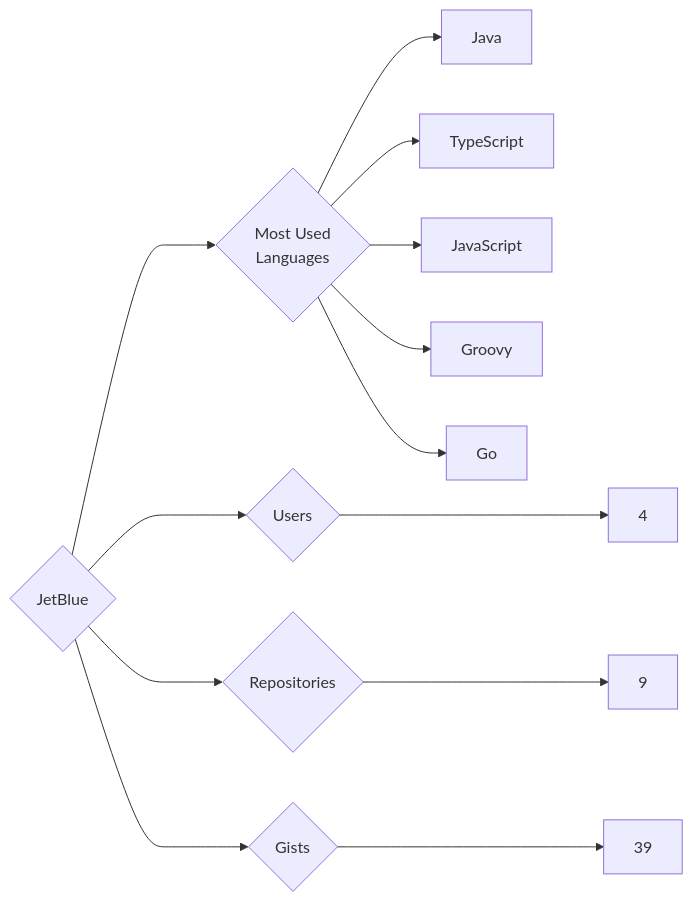
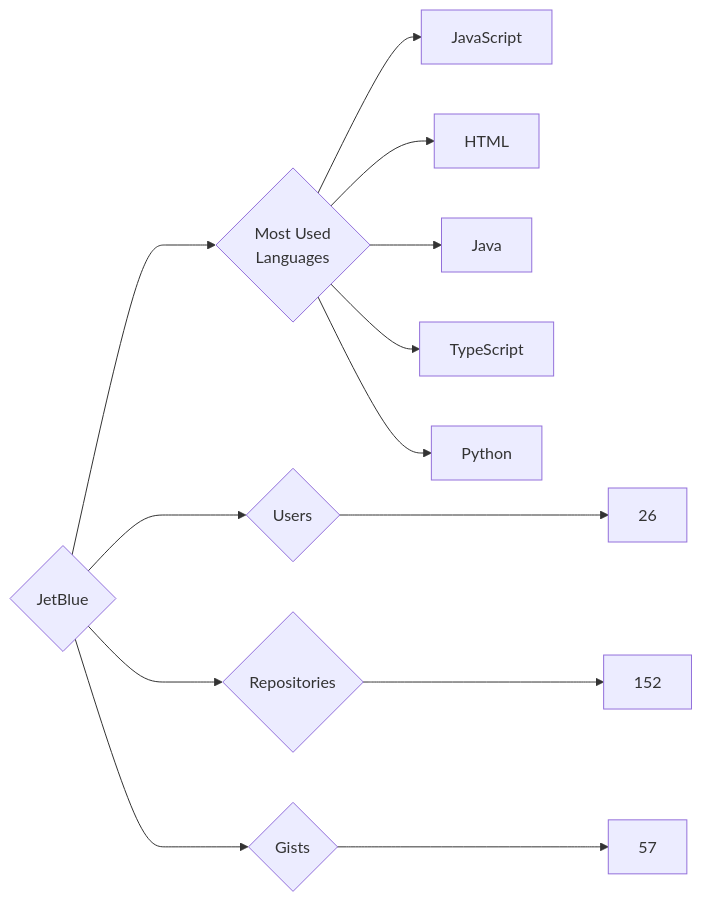
One commit to trickest/insiders changed the diagram in targets/JetBlue/README.md. Above: the diagram before and after it, drawn with Mermaid. The commit also changed 545 other files, not shown here.

````diff
--- a/targets/JetBlue/README.md
+++ b/targets/JetBlue/README.md
@@ -3,13 +3,13 @@
 ```mermaid
 graph LR
 COMPANY_NAME{JetBlue}
-COMPANY_NAME ---> U{Users} ---> UN[4]
-COMPANY_NAME ---> R{Repositories} ---> RN[9]
-COMPANY_NAME ---> G{Gists} ---> GN[39]
+COMPANY_NAME ---> U{Users} ---> UN[26]
+COMPANY_NAME ---> R{Repositories} ---> RN[152]
+COMPANY_NAME ---> G{Gists} ---> GN[57]
 COMPANY_NAME ---> ML{Most Used<br>Languages}
+ML --> JavaScript[JavaScript]
+ML --> HTML[HTML]
 ML --> Java[Java]
 ML --> TypeScript[TypeScript]
-ML --> JavaScript[JavaScript]
-ML --> Groovy[Groovy]
-ML --> Go[Go]
+ML --> Python[Python]
 ```
````
